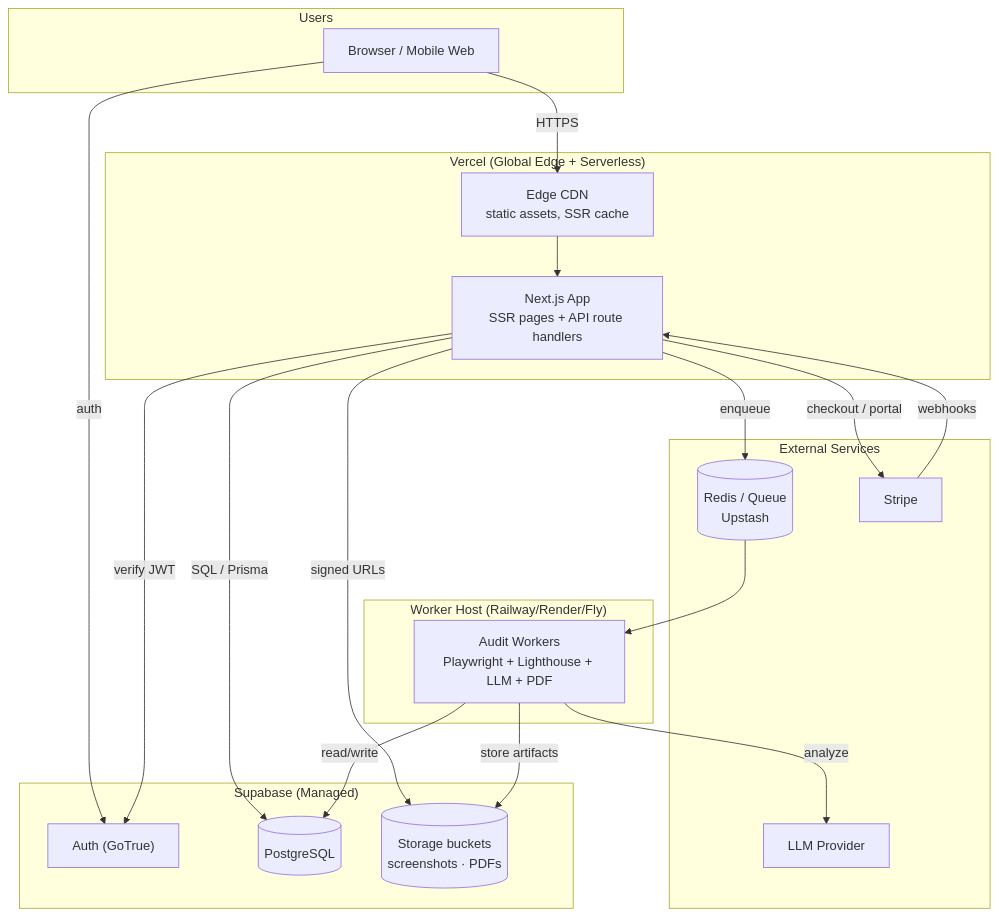
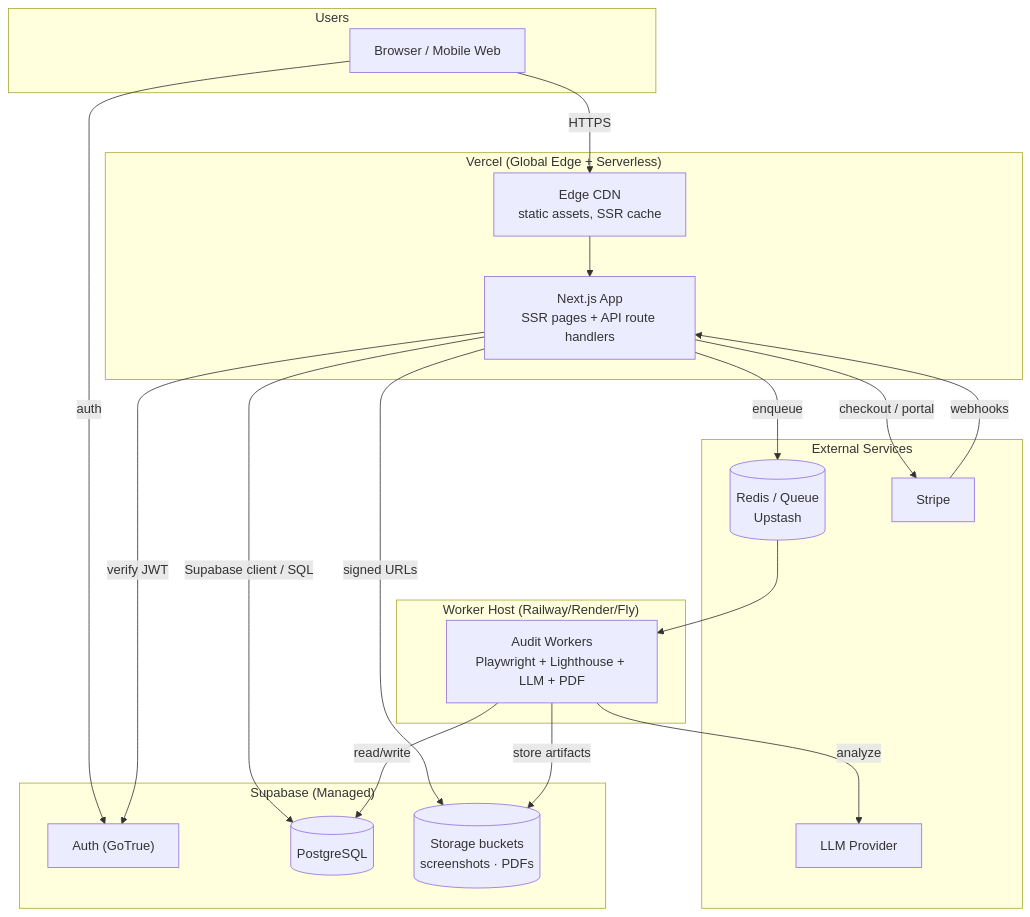
The sixth of 7 diagrams in docs/TECHNICAL_ARCHITECTURE.md (RaghuDesigner/Audient), drawn with Mermaid before and after one commit. The commit also changed other lines of this file and 65 other files, not shown here.

Commit message:
refactor: remove prisma and standardize on Supabase

````diff
--- a/docs/TECHNICAL_ARCHITECTURE.md
+++ b/docs/TECHNICAL_ARCHITECTURE.md
@@ -1329,41 +1329,41 @@
 ```mermaid
 flowchart TB
     subgraph Users["Users"]
         B["Browser / Mobile Web"]
     end
 
     subgraph Vercel["Vercel (Global Edge + Serverless)"]
         CDN["Edge CDN<br/>static assets, SSR cache"]
         APP["Next.js App<br/>SSR pages + API route handlers"]
     end
 
     subgraph Supabase["Supabase (Managed)"]
         AUTH["Auth (GoTrue)"]
         PG[("PostgreSQL")]
         SBS[("Storage buckets<br/>screenshots · PDFs")]
     end
 
     subgraph Workers["Worker Host (Railway/Render/Fly)"]
         WRK["Audit Workers<br/>Playwright + Lighthouse + LLM + PDF"]
     end
 
     subgraph External["External Services"]
         REDIS[("Redis / Queue<br/>Upstash")]
         LLM["LLM Provider"]
         STRIPE["Stripe"]
     end
 
     B -->|HTTPS| CDN --> APP
     B -->|auth| AUTH
     APP -->|verify JWT| AUTH
-    APP -->|SQL / Prisma| PG
+    APP -->|Supabase client / SQL| PG
     APP -->|signed URLs| SBS
     APP -->|enqueue| REDIS
     APP -->|checkout / portal| STRIPE
     STRIPE -->|webhooks| APP
 
     REDIS --> WRK
     WRK -->|read/write| PG
     WRK -->|store artifacts| SBS
     WRK -->|analyze| LLM
 ```
````
